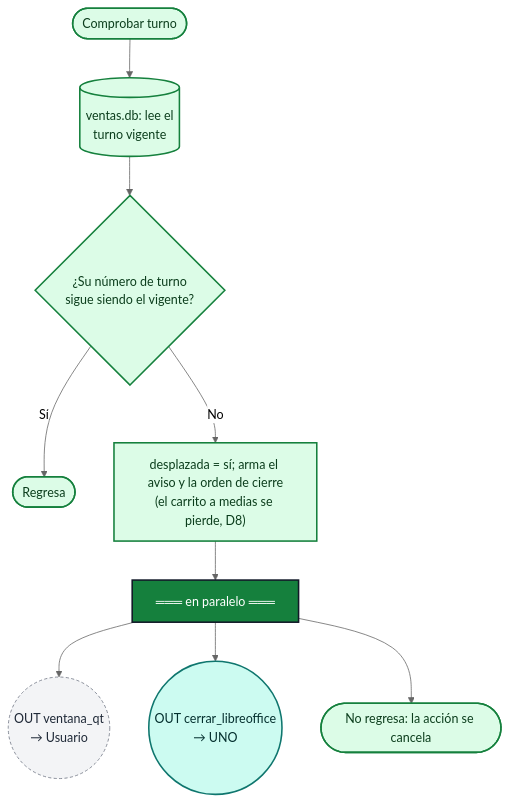
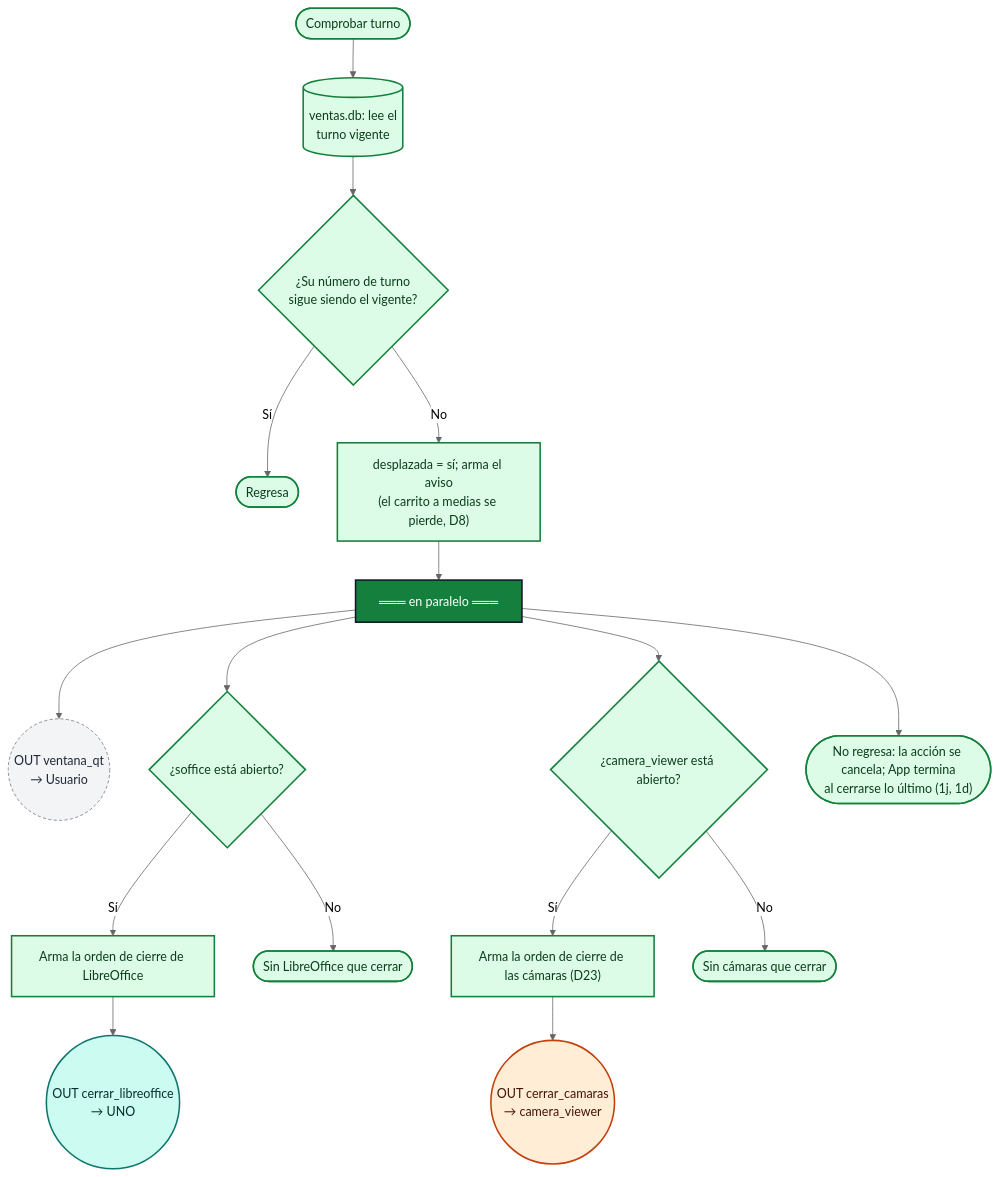
Before and after one commit to jesjack/sistema_ventas: the diagram in v_3/docs/diagramas/flujo_01l_app_comprobar_turno.mmd, drawn with Mermaid (neutral theme). The commit also changed 12 other files, not shown here.

```diff
--- a/v_3/docs/diagramas/flujo_01l_app_comprobar_turno.mmd
+++ b/v_3/docs/diagramas/flujo_01l_app_comprobar_turno.mmd
@@ -1,30 +1,44 @@
 %% chip: App
-%% 1l. Comprobar turno de caja (D8): antes de cada acción con efecto y de forma periódica.
+%% 1l. Comprobar turno de caja (D8): antes de cada acción con efecto y cada ~3 s. Si lo perdió, App se cierra entera, cámaras incluidas (D23).
 flowchart TD
     T0(["Comprobar turno"])
     DB1[("ventas.db: lee el<br/>turno vigente")]
     D0{"¿Su número de turno<br/>sigue siendo el vigente?"}
     T1(["Regresa"])
-    I1["desplazada = sí; arma el aviso y la orden de cierre<br/>(el carrito a medias se pierde, D8)"]
+    I1["desplazada = sí; arma el aviso<br/>(el carrito a medias se pierde, D8)"]
     PAR1["═══ en paralelo ═══"]:::par
     oQt(("OUT ventana_qt<br/>→ Usuario")):::ext
+    Ds{"¿soffice está abierto?"}
+    I2["Arma la orden de cierre de LibreOffice"]
     oCerrar(("OUT cerrar_libreoffice<br/>→ UNO")):::uno
-    T2(["No regresa: la acción se cancela"])
+    Tns(["Sin LibreOffice que cerrar"])
+    Dc{"¿camera_viewer está abierto?"}
+    I3["Arma la orden de cierre de las cámaras (D23)"]
+    oCerrarCam(("OUT cerrar_camaras<br/>→ camera_viewer")):::cam
+    Tnc(["Sin cámaras que cerrar"])
+    T2(["No regresa: la acción se cancela; App termina<br/>al cerrarse lo último (1j, 1d)"])
 
     T0 --> DB1
     DB1 --> D0
     D0 -- "Sí" --> T1
     D0 -- "No" --> I1
     I1 --> PAR1
     PAR1 --> oQt
-    PAR1 --> oCerrar
+    PAR1 --> Ds
+    Ds -- "Sí" --> I2
+    I2 --> oCerrar
+    Ds -- "No" --> Tns
+    PAR1 --> Dc
+    Dc -- "Sí" --> I3
+    I3 --> oCerrarCam
+    Dc -- "No" --> Tnc
     PAR1 --> T2
 
     classDef default fill:#dcfce7,stroke:#15803d,color:#0b3d1c,stroke-width:2px
     classDef par fill:#15803d,stroke:#111827,color:#ffffff,stroke-width:2px
     classDef app fill:#dcfce7,stroke:#15803d,color:#0b3d1c,stroke-width:2px
     classDef sof fill:#dbeafe,stroke:#1d4ed8,color:#0b1f4d,stroke-width:2px
     classDef bas fill:#fef9c3,stroke:#a16207,color:#422006,stroke-width:2px
     classDef uno fill:#ccfbf1,stroke:#0f766e,color:#042f2e,stroke-width:2px
     classDef cam fill:#ffedd5,stroke:#c2410c,color:#431407,stroke-width:2px
     classDef ext fill:#f3f4f6,stroke:#6b7280,color:#1f2937,stroke-width:1px,stroke-dasharray:4 3
```
